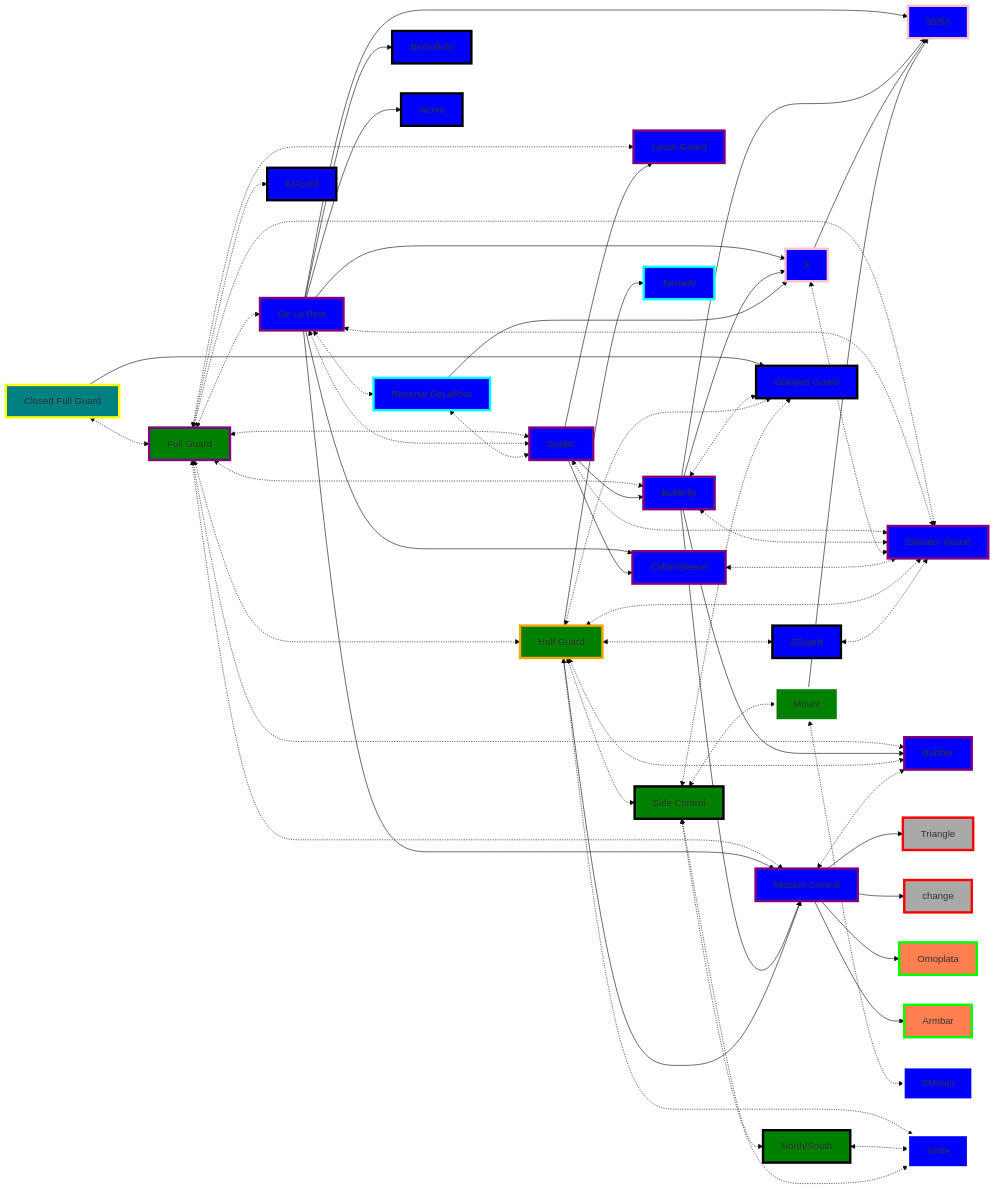
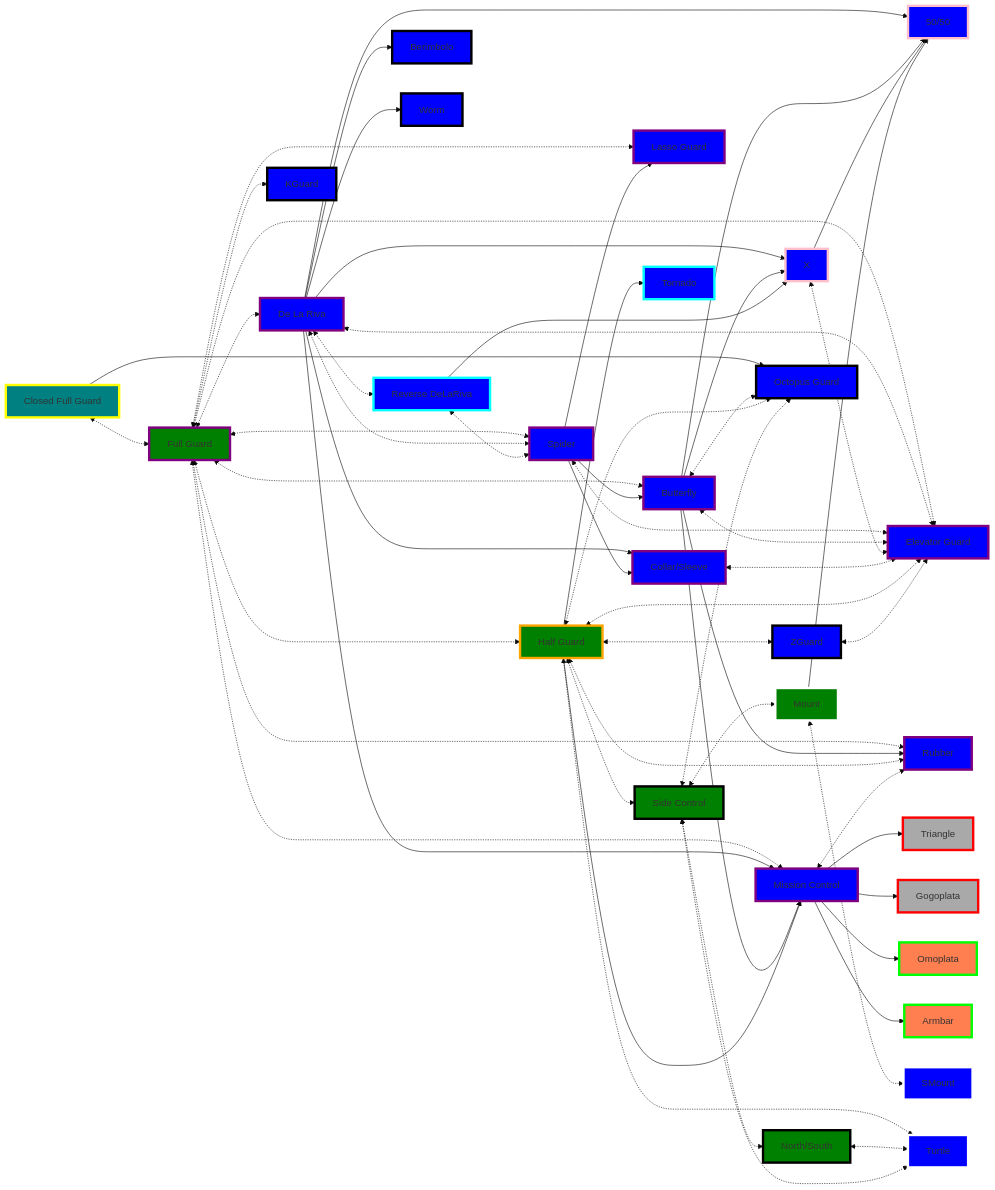
One commit to jacgit18/DevHiveMind changed the first of 4 diagrams in _Fitness/BJJ Priority Flows.md. Above: the diagram before and after it, drawn with Mermaid (base theme). The commit also changed other lines of this file, not shown here.

Commit message:
M "_Fitness/BJJ Priority Flows.md"

```diff
--- a/_Fitness/BJJ Priority Flows.md
+++ b/_Fitness/BJJ Priority Flows.md
@@ -47,7 +47,7 @@
 	ElevatorGuard[Elevator Guard]
 
 	1[Triangle]
-	2[change]
+	2[Gogoplata]
 	3[Omoplata]
 	4[Armbar]
 
```
